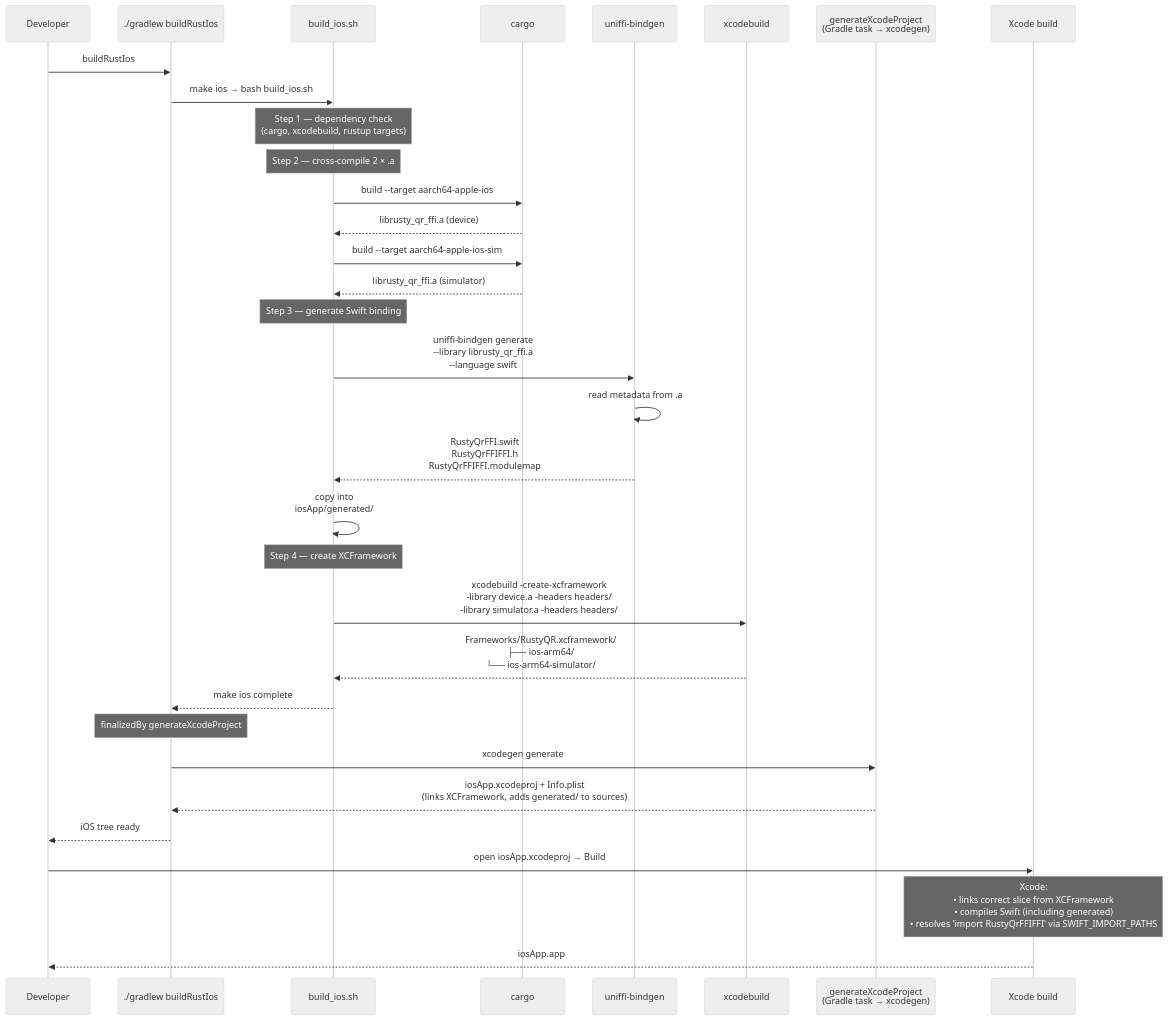
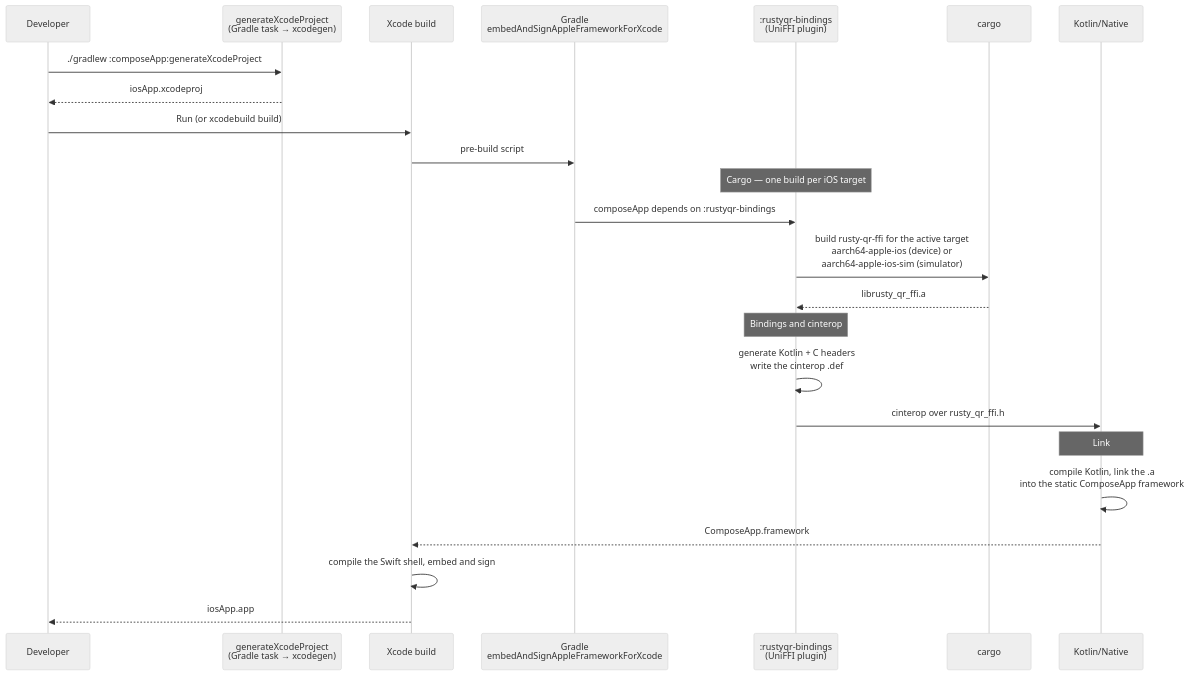
The fourth of 7 diagrams in docs/ARCHITECTURE.md (prasannajeet/RustyQR), drawn with Mermaid (neutral theme) before and after one commit. The commit also changed other lines of this file and 25 other files, not shown here.

Commit message:
build(rust): remove the old build pipeline and rewrite ci and docs (#8)

````diff
--- a/docs/ARCHITECTURE.md
+++ b/docs/ARCHITECTURE.md
@@ -263,44 +313,31 @@
 ```mermaid
 sequenceDiagram
     participant Dev as Developer
-    participant G as ./gradlew buildRustIos
-    participant S as build_ios.sh
-    participant Cargo as cargo
-    participant UB as uniffi-bindgen
-    participant XCB as xcodebuild
-    participant XCG as generateXcodeProject<br/>(Gradle task → xcodegen)
+    participant XG as generateXcodeProject<br/>(Gradle task → xcodegen)
     participant Xcode as Xcode build
+    participant G as Gradle<br/>embedAndSignAppleFrameworkForXcode
+    participant B as :rustyqr-bindings<br/>(UniFFI plugin)
+    participant C as cargo
+    participant K as Kotlin/Native
 
-    Dev->>G: buildRustIos
-    G->>S: make ios → bash build_ios.sh
+    Dev->>XG: ./gradlew :composeApp:generateXcodeProject
+    XG-->>Dev: iosApp.xcodeproj
 
-    Note over S: Step 1 — dependency check<br/>(cargo, xcodebuild, rustup targets)
+    Dev->>Xcode: Run (or xcodebuild build)
+    Xcode->>G: pre-build script
 
-    Note over S: Step 2 — cross-compile 2 × .a
-    S->>Cargo: build --target aarch64-apple-ios
-    Cargo-->>S: librusty_qr_ffi.a (device)
-    S->>Cargo: build --target aarch64-apple-ios-sim
-    Cargo-->>S: librusty_qr_ffi.a (simulator)
+    Note over B: Cargo — one build per iOS target
+    G->>B: composeApp depends on :rustyqr-bindings
+    B->>C: build rusty-qr-ffi for the active target<br/>aarch64-apple-ios (device) or<br/>aarch64-apple-ios-sim (simulator)
+    C-->>B: librusty_qr_ffi.a
 
-    Note over S: Step 3 — generate Swift binding
-    S->>UB: uniffi-bindgen generate<br/>--library librusty_qr_ffi.a<br/>--language swift
-    UB->>UB: read metadata from .a
-    UB-->>S: RustyQrFFI.swift<br/>RustyQrFFIFFI.h<br/>RustyQrFFIFFI.modulemap
-    S->>S: copy into<br/>iosApp/generated/
+    Note over B: Bindings and cinterop
+    B->>B: generate Kotlin + C headers<br/>write the cinterop .def
+    B->>K: cinterop over rusty_qr_ffi.h
 
-    Note over S: Step 4 — create XCFramework
-    S->>XCB: xcodebuild -create-xcframework<br/>-library device.a -headers headers/<br/>-library simulator.a -headers headers/
-    XCB-->>S: Frameworks/RustyQR.xcframework/<br/>├── ios-arm64/<br/>└── ios-arm64-simulator/
-
-    S-->>G: make ios complete
-
-    Note over G: finalizedBy generateXcodeProject
-    G->>XCG: xcodegen generate
-    XCG-->>G: iosApp.xcodeproj + Info.plist<br/>(links XCFramework, adds generated/ to sources)
-
-    G-->>Dev: iOS tree ready
-
-    Dev->>Xcode: open iosApp.xcodeproj → Build
-    Note over Xcode: Xcode:<br/>• links correct slice from XCFramework<br/>• compiles Swift (including generated)<br/>• resolves 'import RustyQrFFIFFI' via SWIFT_IMPORT_PATHS
+    Note over K: Link
+    K->>K: compile Kotlin, link the .a<br/>into the static ComposeApp framework
+    K-->>Xcode: ComposeApp.framework
+    Xcode->>Xcode: compile the Swift shell, embed and sign
     Xcode-->>Dev: iosApp.app
 ```
````
